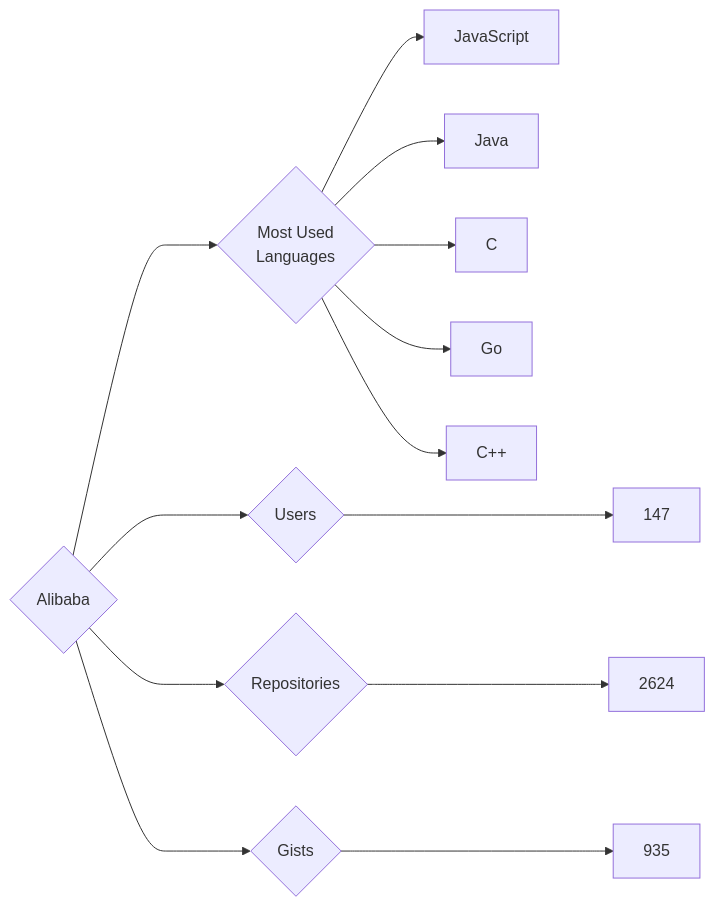
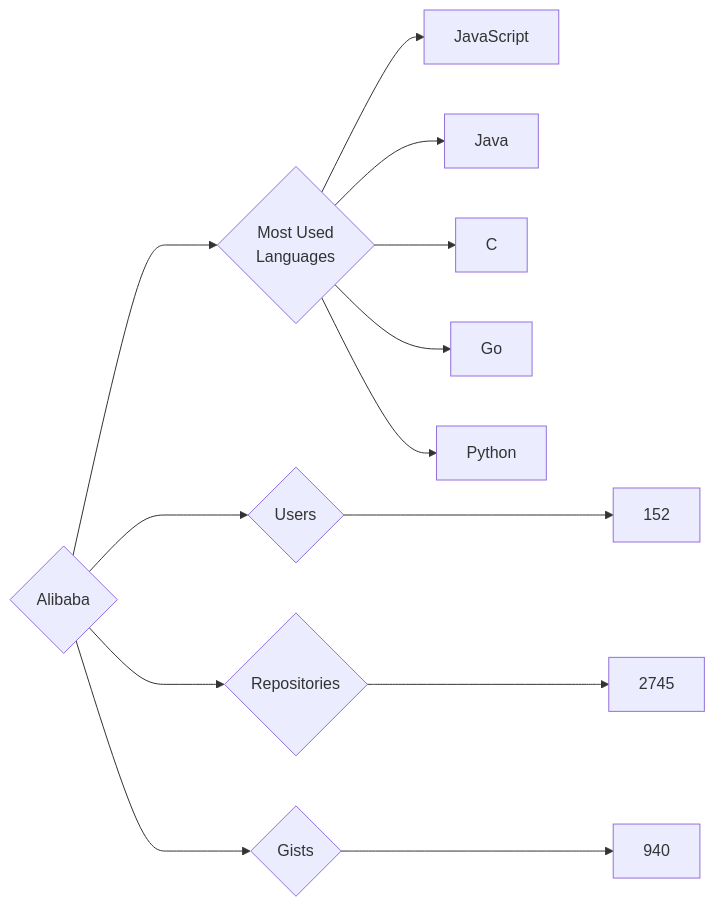
The diagram in targets/Alibaba/README.md (trickest/insiders), drawn with Mermaid before and after one commit. The commit also changed 953 other files, not shown here.

````diff
--- a/targets/Alibaba/README.md
+++ b/targets/Alibaba/README.md
@@ -3,13 +3,13 @@
 ```mermaid
 graph LR
 COMPANY_NAME{Alibaba}
-COMPANY_NAME ---> U{Users} ---> UN[147]
-COMPANY_NAME ---> R{Repositories} ---> RN[2624]
-COMPANY_NAME ---> G{Gists} ---> GN[935]
+COMPANY_NAME ---> U{Users} ---> UN[152]
+COMPANY_NAME ---> R{Repositories} ---> RN[2745]
+COMPANY_NAME ---> G{Gists} ---> GN[940]
 COMPANY_NAME ---> ML{Most Used<br>Languages}
 ML --> JavaScript[JavaScript]
 ML --> Java[Java]
 ML --> C[C]
 ML --> Go[Go]
-ML --> C++[C++]
+ML --> Python[Python]
 ```
````
